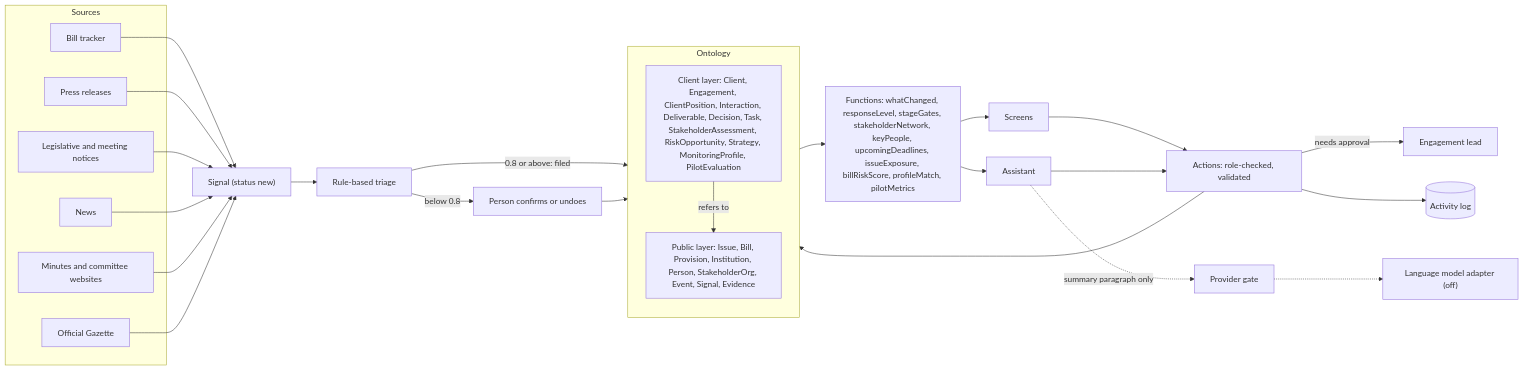
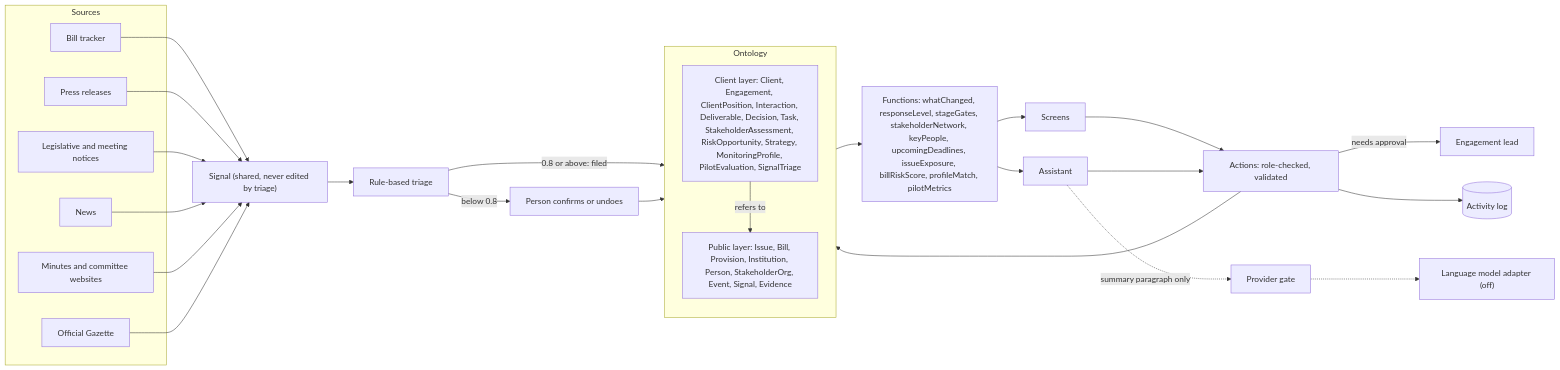
One commit to AI-odyssey/korea-policy-ontology changed the first of 2 diagrams in README.md. Above: the diagram before and after it, drawn with Mermaid. The commit also changed other lines of this file and 32 other files, not shown here.

First line of the commit message:
Per-client triage, correct citations, a report that follows approvals

````diff
--- a/README.md
+++ b/README.md
@@ -113,43 +115,43 @@
 ```mermaid
 flowchart LR
   subgraph Sources
     S1[Bill tracker]
     S2[Press releases]
     S3[Legislative and meeting notices]
     S4[News]
     S5[Minutes and committee websites]
     S6[Official Gazette]
   end
-  SIG["Signal (status new)"]
+  SIG["Signal (shared, never edited by triage)"]
   TR["Rule-based triage"]
   HUM["Person confirms or undoes"]
   subgraph ONT[Ontology]
     direction TB
     PUB["Public layer: Issue, Bill, Provision, Institution, Person, StakeholderOrg, Event, Signal, Evidence"]
-    CLI["Client layer: Client, Engagement, ClientPosition, Interaction, Deliverable, Decision, Task, StakeholderAssessment, RiskOpportunity, Strategy, MonitoringProfile, PilotEvaluation"]
+    CLI["Client layer: Client, Engagement, ClientPosition, Interaction, Deliverable, Decision, Task, StakeholderAssessment, RiskOpportunity, Strategy, MonitoringProfile, PilotEvaluation, SignalTriage"]
     CLI -->|refers to| PUB
   end
   FN["Functions: whatChanged, responseLevel, stageGates, stakeholderNetwork, keyPeople, upcomingDeadlines, issueExposure, billRiskScore, profileMatch, pilotMetrics"]
   UI["Screens"]
   AG["Assistant"]
   ACT["Actions: role-checked, validated"]
   LEAD["Engagement lead"]
   LOG[("Activity log")]
   GATE["Provider gate"]
   LLM["Language model adapter (off)"]
   S1 & S2 & S3 & S4 & S5 & S6 --> SIG
   SIG --> TR
   TR -->|"0.8 or above: filed"| ONT
   TR -->|"below 0.8"| HUM
   HUM --> ONT
   ONT --> FN
   FN --> UI
   FN --> AG
   UI --> ACT
   AG --> ACT
   ACT -->|"needs approval"| LEAD
   ACT --> LOG
   ACT --> ONT
   AG -.->|"summary paragraph only"| GATE
   GATE -.-> LLM
 ```
````
